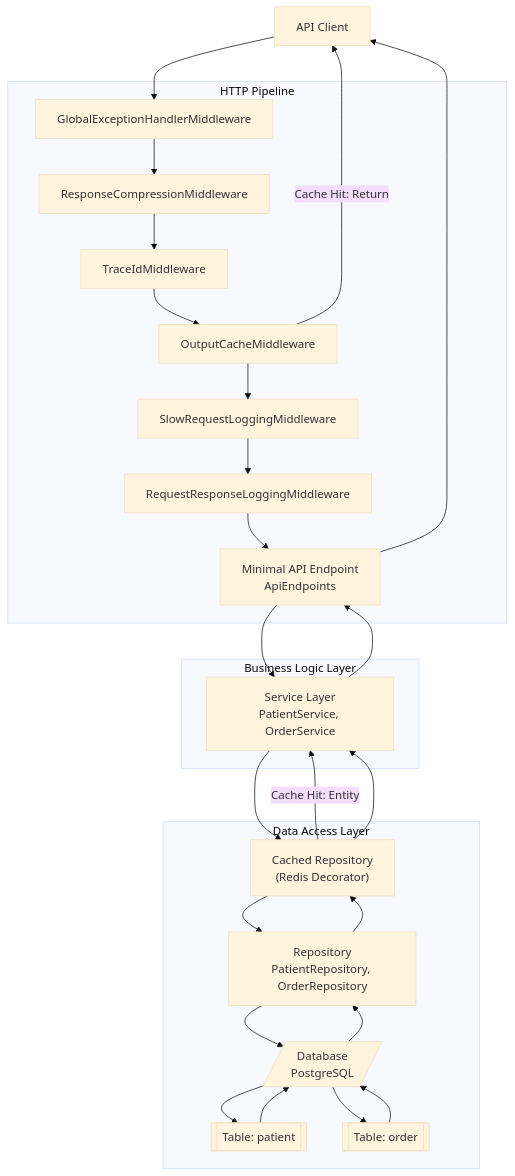
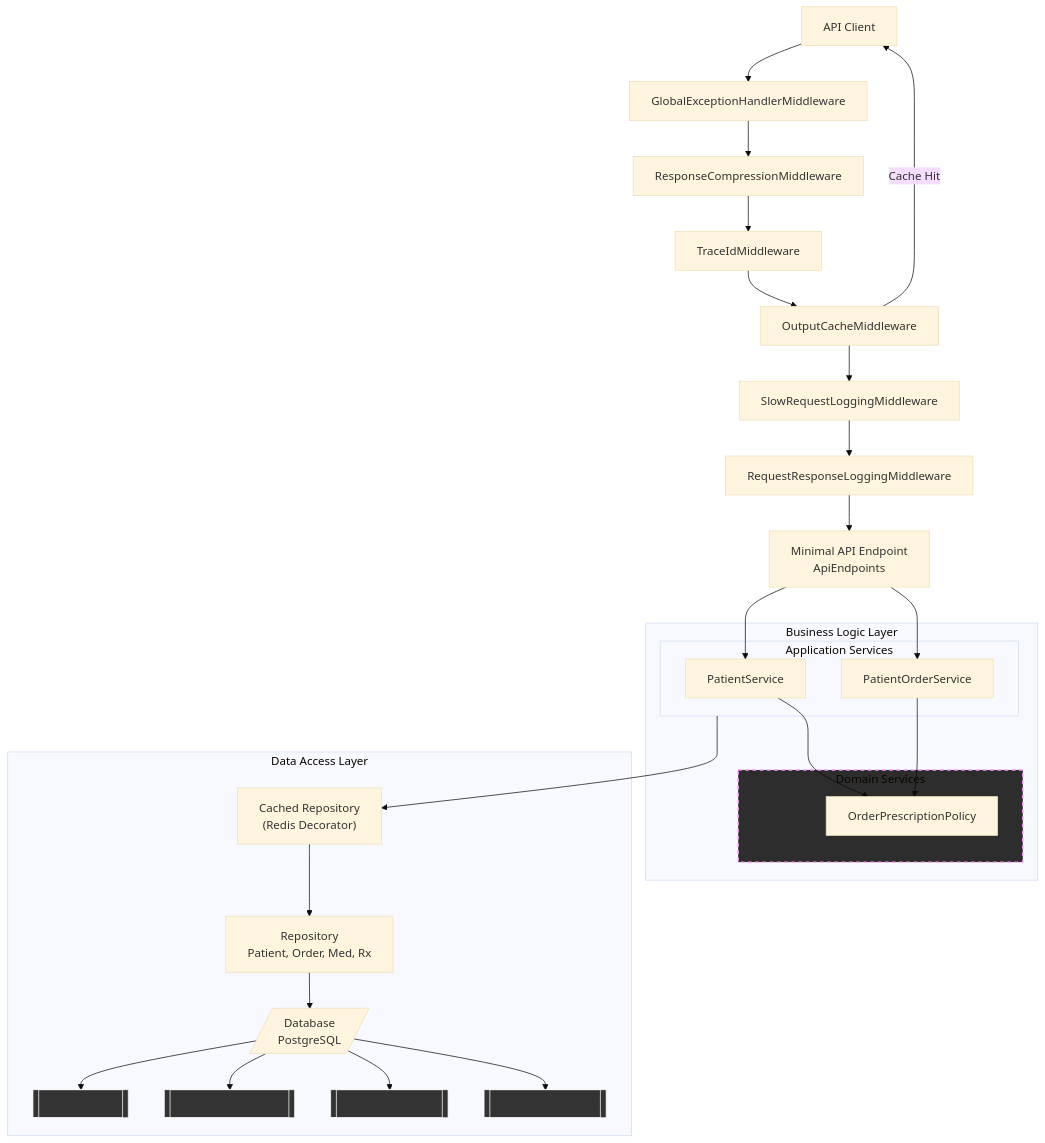
One commit to ponylin1985/example-api changed the second of 2 diagrams in README.md. Above: the diagram before and after it, drawn with Mermaid (base theme). The commit also changed other lines of this file, not shown here.

Commit message:
update the mermaid diagram in README.md.

````diff
--- a/README.md
+++ b/README.md
@@ -503,65 +572,68 @@
 ```mermaid
 flowchart TD
     Client["API Client"]
 
-    %% Middlewares (依序)
+    %% Middlewares
     M1["GlobalExceptionHandlerMiddleware"]
     M2["ResponseCompressionMiddleware"]
     M3["TraceIdMiddleware"]
     M4["OutputCacheMiddleware"]
     M5["SlowRequestLoggingMiddleware"]
     M6["RequestResponseLoggingMiddleware"]
 
     Endpoint["Minimal API Endpoint<br/>ApiEndpoints"]
 
-    Service["Service Layer<br/>PatientService, OrderService"]
-    RedisCache["Cached Repository<br/>(Redis Decorator)"]
-    Repository["Repository<br/>PatientRepository, OrderRepository"]
-    DB[/"Database<br/>PostgreSQL"/]
-    TablePatient[["Table: patient"]]
-    TableOrder[["Table: order"]]
+    %% Business Logic Layer
+    subgraph Business_Logic_Layer["Business Logic Layer"]
+        subgraph Application_Services["Application Services"]
+            S1["PatientService"]
+            S2["PatientOrderService"]
+        end
+        
+        subgraph Domain_Services["Domain Services"]
+            DS1["OrderPrescriptionPolicy"]
+        end
+    end
 
-    %% HTTP Pipeline (順序)
+    %% Data Access Layer
+    subgraph Data_Access_Layer["Data Access Layer"]
+        RedisCache["Cached Repository<br/>(Redis Decorator)"]
+        Repository["Repository<br/>Patient, Order, Med, Rx"]
+        
+        DB[/"Database<br/>PostgreSQL"/]
+        
+        T1[["Table: patient"]]
+        T2[["Table: patient_order"]]
+        T3[["Table: medication"]]
+        T4[["Table: prescription"]]
+    end
+
+    %% HTTP Pipeline
     Client --> M1 --> M2 --> M3 --> M4
-    M4 -- "Cache Hit: Return" --> Client
+    M4 -- "Cache Hit" --> Client
     M4 --> M5 --> M6 --> Endpoint
-    Endpoint --> Service
-    Service --> RedisCache
-    RedisCache -- "Cache Hit: Entity" --> Service
+    Endpoint --> S1
+    Endpoint --> S2
+
+    %% Logic Dependency
+    S1 --> DS1
+    S2 --> DS1
+    Application_Services --> RedisCache
+
+    %% Data Flow
     RedisCache --> Repository
     Repository --> DB
 
-    %% DB Table
-    DB --> TablePatient
-    DB --> TableOrder
+    %% DB Tables Relationship
+    DB --> T1
+    DB --> T2
+    DB --> T3
+    DB --> T4
 
-    %% 回傳資料
-    TablePatient --> DB
-    TableOrder --> DB
-    DB --> Repository
-    Repository --> RedisCache
-    RedisCache --> Service
-    Service --> Endpoint
-    Endpoint --> Client
-
-    %% 分層標示
-    subgraph HTTP_Pipeline["HTTP Pipeline"]
-        M1
-        M2
-        M3
-        M4
-        M5
-        M6
-        Endpoint
-    end
-    subgraph Business_Logic_Layer["Business Logic Layer"]
-        Service
-    end
-    subgraph Data_Access_Layer["Data Access Layer"]
-        RedisCache
-        Repository
-        DB
-        TablePatient
-        TableOrder
-    end
+    %% Styles
+    style Domain_Services fill:#2d2d2d,stroke:#f9f,stroke-width:2px,stroke-dasharray: 5 5
+    style T1 fill:#333,stroke:#fff
+    style T2 fill:#333,stroke:#fff
+    style T3 fill:#333,stroke:#fff
+    style T4 fill:#333,stroke:#fff
 ```
````
